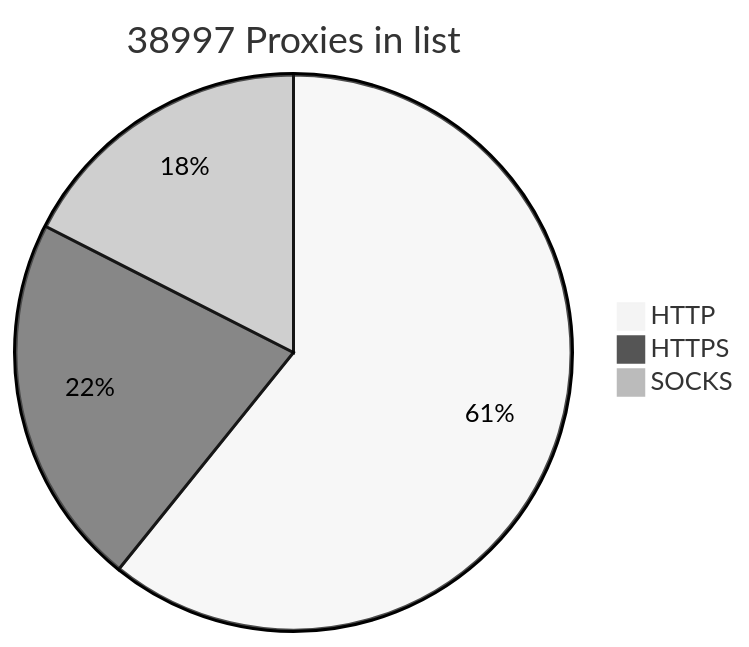
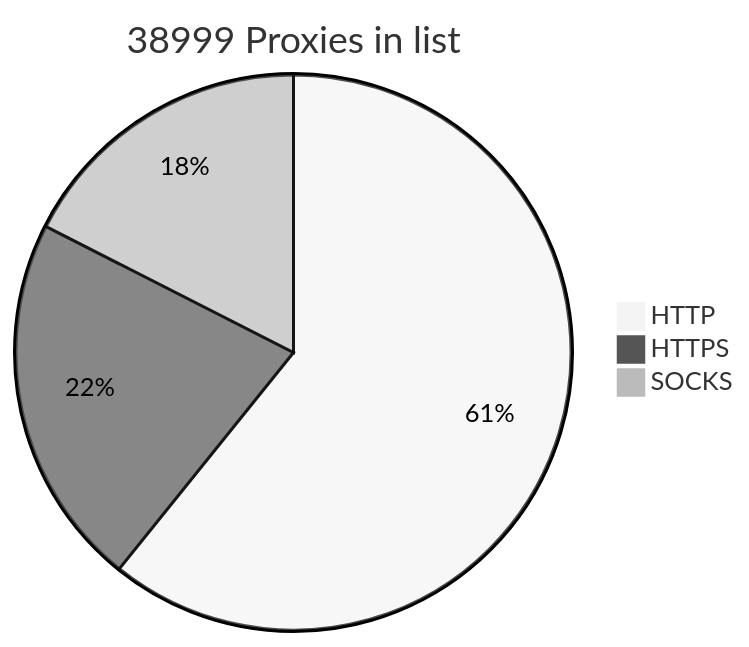
One commit to BlackSnowDot/proxylist-update-every-minute changed the diagram in README.md. Above: the diagram before and after it, drawn with Mermaid (neutral theme).

````diff
--- a/README.md
+++ b/README.md
@@ -2,6 +2,6 @@
 ```mermaid
-pie title 38997 Proxies in list
-    "HTTP" : 27788
-    "HTTPS": 9915
+pie title 38999 Proxies in list
+    "HTTP" : 27790
+    "HTTPS": 9918
     "SOCKS" : 8003
 ```
````
